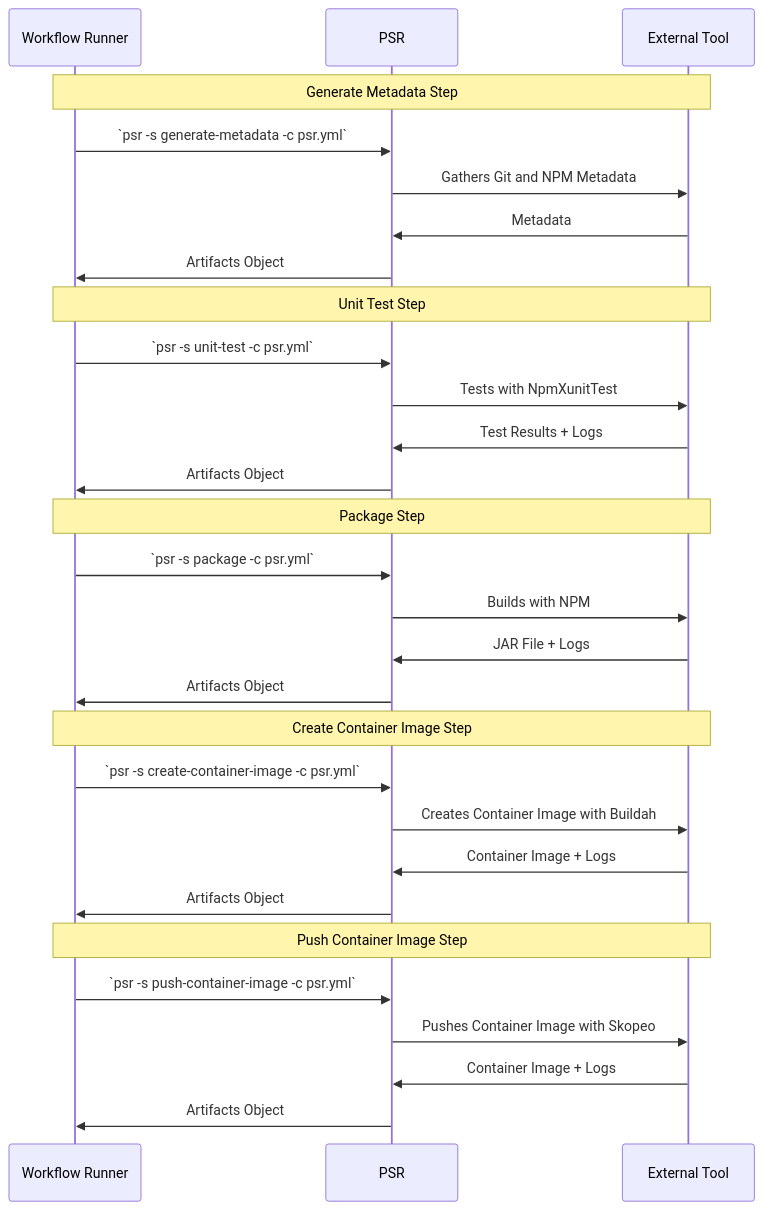
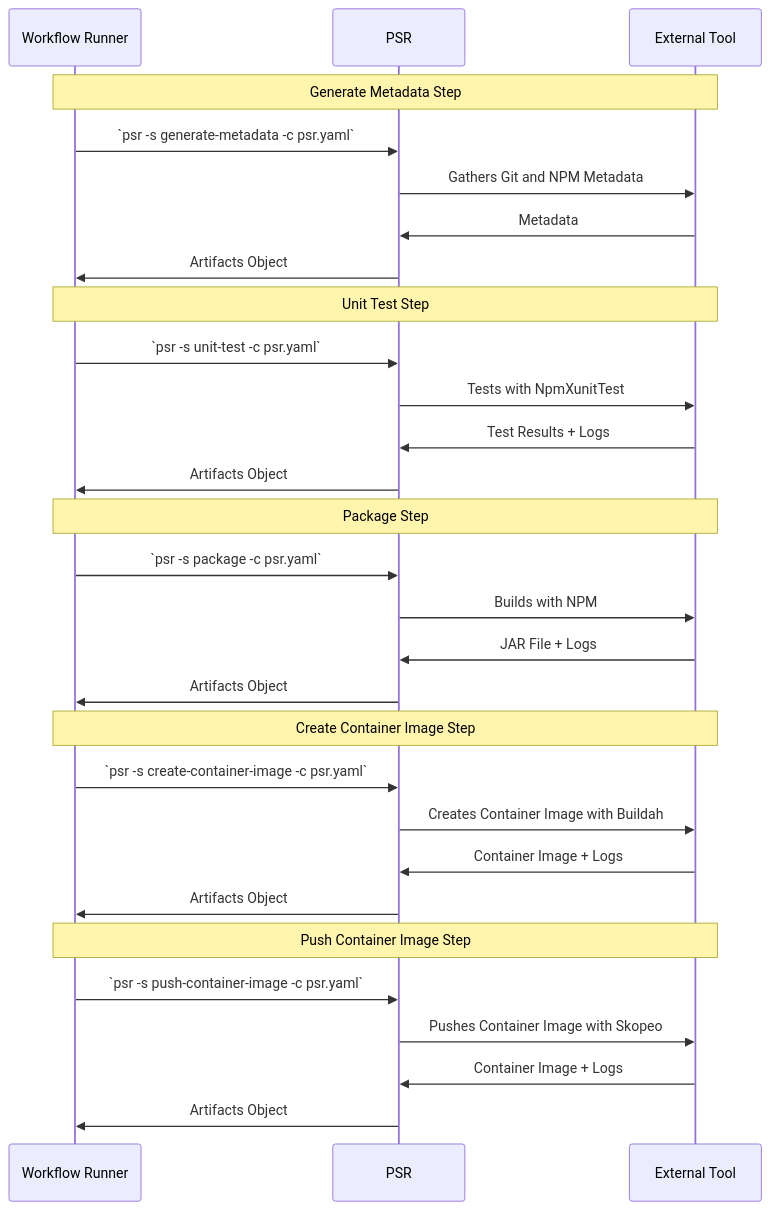
The second of 2 diagrams in docs/end-to-end.md (ploigos/ploigos-step-runner), drawn with Mermaid before and after one commit. The commit also changed other lines of this file and 2 other files, not shown here.

Commit message:
Replace occurances of 'psr.yml' with 'psr.yaml'

````diff
--- a/docs/end-to-end.md
+++ b/docs/end-to-end.md
@@ -168,36 +168,36 @@
 ```mermaid
 sequenceDiagram
     participant wr as Workflow Runner
     participant psr as PSR
     participant tool as External Tool
 
     Note over wr,tool: Generate Metadata Step
-    wr->>psr: `psr -s generate-metadata -c psr.yml`
+    wr->>psr: `psr -s generate-metadata -c psr.yaml`
     psr->>tool: Gathers Git and NPM Metadata
     tool->>psr: Metadata
     psr->>wr: Artifacts Object
 
     Note over wr,tool: Unit Test Step
-    wr->>psr: `psr -s unit-test -c psr.yml`
+    wr->>psr: `psr -s unit-test -c psr.yaml`
     psr->>tool: Tests with NpmXunitTest
     tool->>psr: Test Results + Logs
     psr->>wr: Artifacts Object
 
     Note over wr,tool: Package Step
-    wr->>psr: `psr -s package -c psr.yml`
+    wr->>psr: `psr -s package -c psr.yaml`
     psr->>tool: Builds with NPM
     tool->>psr: JAR File + Logs
     psr->>wr: Artifacts Object
 
     Note over wr,tool: Create Container Image Step
-    wr->>psr: `psr -s create-container-image -c psr.yml`
+    wr->>psr: `psr -s create-container-image -c psr.yaml`
     psr->>tool: Creates Container Image with Buildah
     tool->>psr: Container Image + Logs
     psr->>wr: Artifacts Object
 
     Note over wr,tool: Push Container Image Step
-    wr->>psr: `psr -s push-container-image -c psr.yml`
+    wr->>psr: `psr -s push-container-image -c psr.yaml`
     psr->>tool: Pushes Container Image with Skopeo
     tool->>psr: Container Image + Logs
     psr->>wr: Artifacts Object
 ```
````
